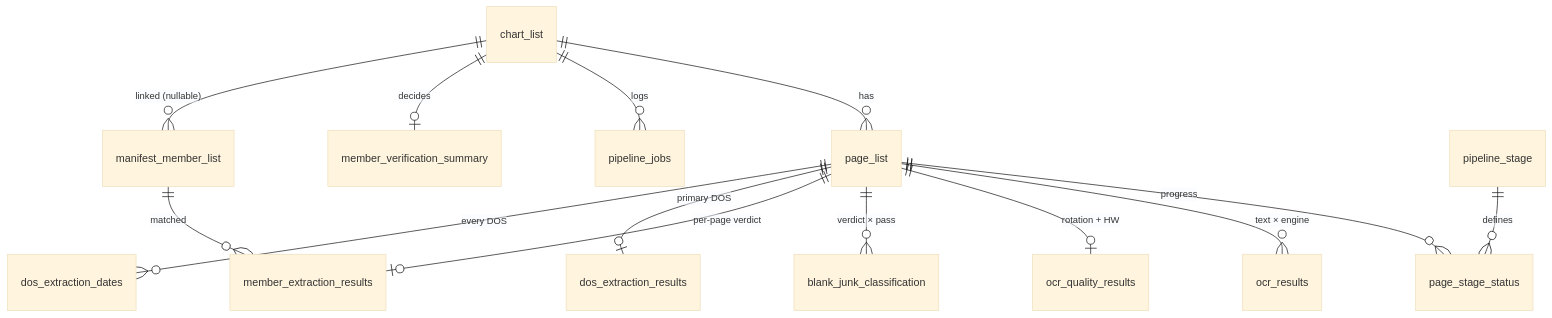
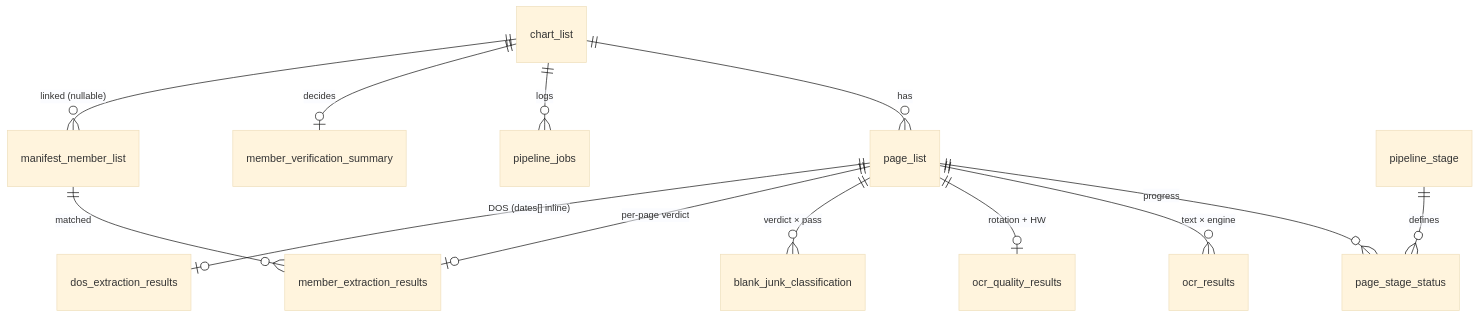
Before and after one commit to abhinavdg-ever/model-repo: the second of 2 diagrams in docs/ARCHITECTURE.md, drawn with Mermaid (base theme). The commit also changed other lines of this file and 11 other files, not shown here.

First line of the commit message:
Split schema into V1 (implemented) and V2 (next phase); merge the DOS tables

````diff
--- a/docs/ARCHITECTURE.md
+++ b/docs/ARCHITECTURE.md
@@ -92,16 +92,15 @@
 ```mermaid
 erDiagram
   chart_list      ||--o{ page_list : "has"
   chart_list      ||--o{ pipeline_jobs : "logs"
   chart_list      ||--o| member_verification_summary : "decides"
   chart_list      ||--o{ manifest_member_list : "linked (nullable)"
   page_list       ||--o{ page_stage_status : "progress"
   page_list       ||--o{ ocr_results : "text × engine"
   page_list       ||--o| ocr_quality_results : "rotation + HW"
   page_list       ||--o{ blank_junk_classification : "verdict × pass"
   page_list       ||--o| member_extraction_results : "per-page verdict"
-  page_list       ||--o| dos_extraction_results : "primary DOS"
-  page_list       ||--o{ dos_extraction_dates : "every DOS"
+  page_list       ||--o| dos_extraction_results : "DOS (dates[] inline)"
   pipeline_stage  ||--o{ page_stage_status : "defines"
   manifest_member_list ||--o{ member_extraction_results : "matched"
 ```
````
